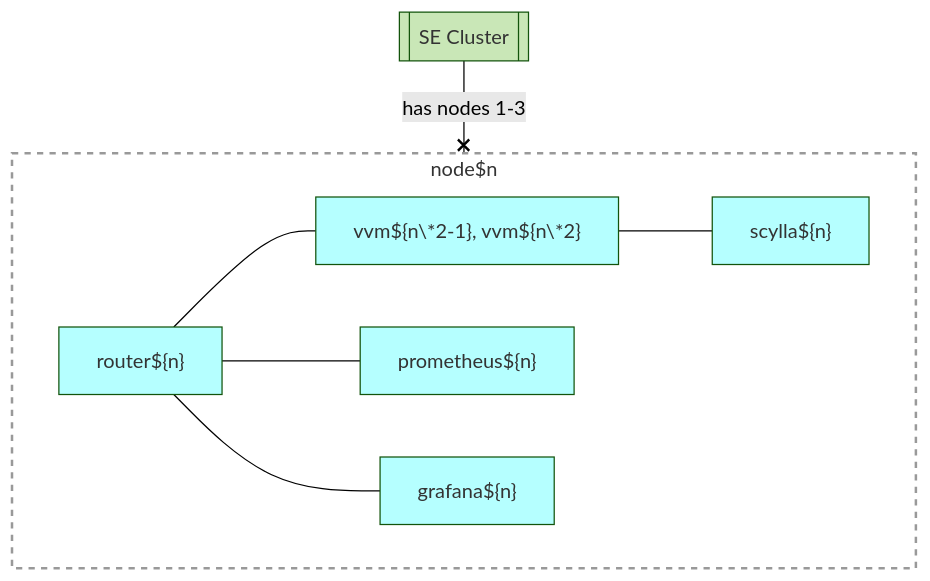
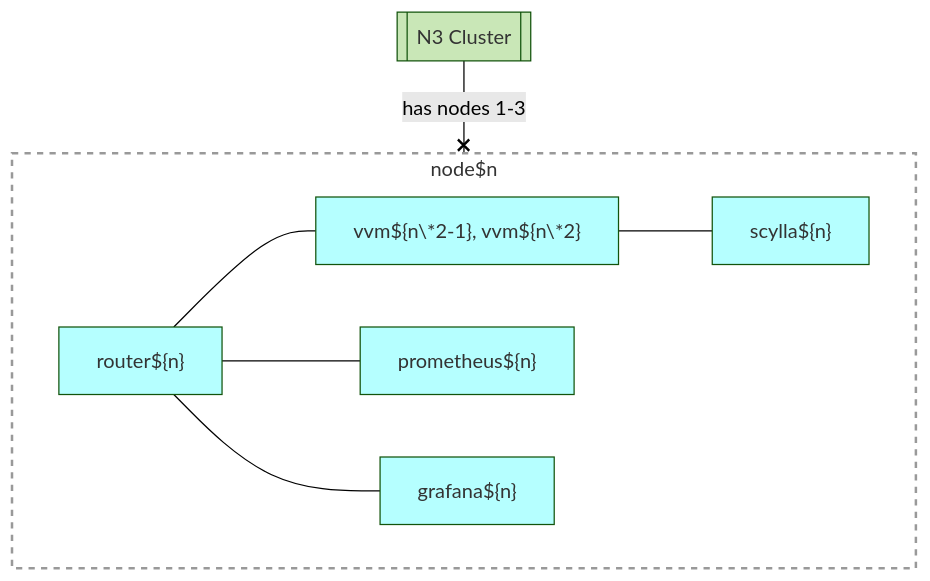
The diagram in server/clusters/n3.md (voedger/voedger-internals), drawn with Mermaid (forest theme) before and after one commit.

Commit message:
Update N3 documentation to reflect N3 Cluster terminology in architecture diagram

````diff
--- a/server/clusters/n3.md
+++ b/server/clusters/n3.md
@@ -22,31 +22,31 @@
 ```mermaid
   graph TD
 
   %% Entities
 
-  SECluster[[SE Cluster]]:::H
+  N3Cluster[[N3 Cluster]]:::H
 
   Node1["Node${n}"]:::G
 
   subgraph Node1["node$n"]
     router1["router${n}"]:::S
     vvm12["vvm${n\*2-1}, vvm${n\*2}"]:::S
     prometheus1["prometheus${n}"]:::S
     scylla1["scylla${n}"]:::S
     grafana1["grafana${n}"]:::S
     router1 --- vvm12
     router1 --- prometheus1
     router1 --- grafana1
     vvm12 --- scylla1
   end
 
   %% Relations
 
-  SECluster --x |has nodes 1-3| Node1
+  N3Cluster --x |has nodes 1-3| Node1
 
 
   classDef B fill:#FFFFB5,color:#333
   classDef S fill:#B5FFFF,color:#333
   classDef H fill:#C9E7B7,color:#333
   classDef G fill:#ffffff15, stroke:#999, stroke-width:2px, stroke-dasharray: 5 5
 ```
````
